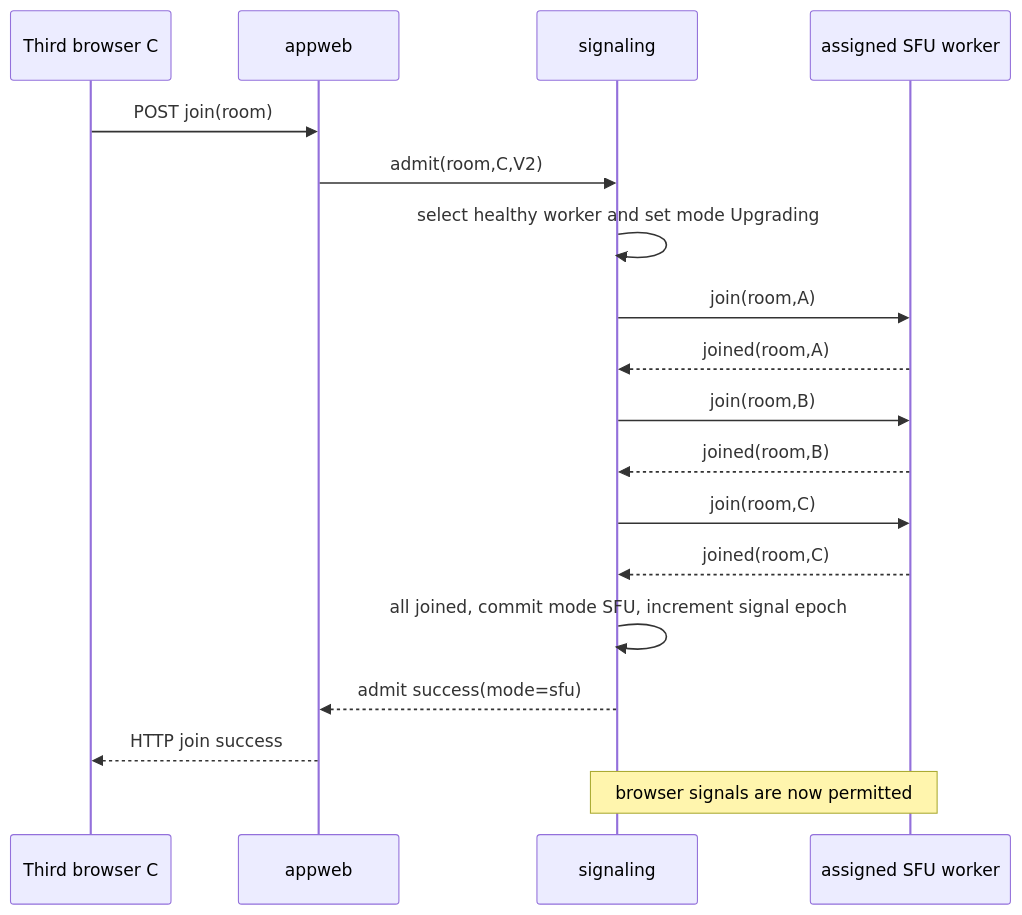
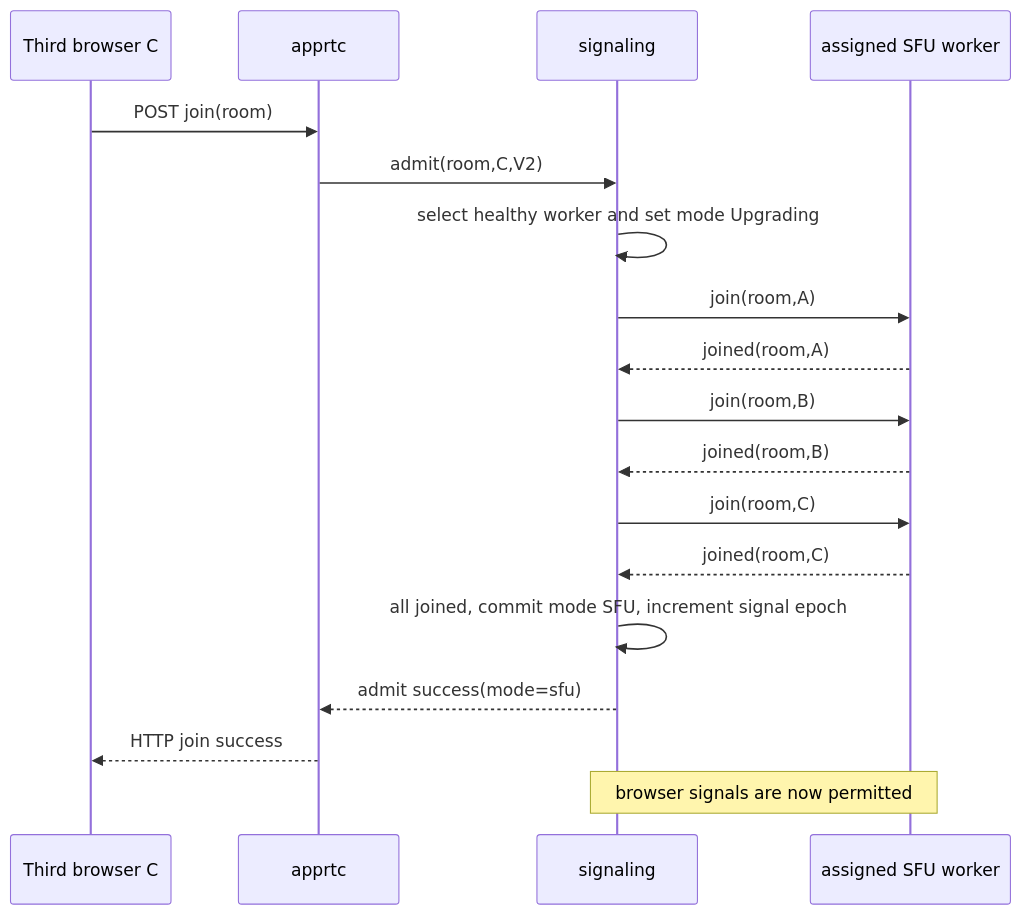
One commit to webrtc-rs/apprtc changed the second of 3 diagrams in docs/design/apprtc-signaling-architecture-design.md. Above: the diagram before and after it, drawn with Mermaid. The commit also changed other lines of this file and 10 other files, not shown here.

````diff
--- a/docs/design/apprtc-signaling-architecture-design.md
+++ b/docs/design/apprtc-signaling-architecture-design.md
@@ -263,20 +263,20 @@
 ```mermaid
 sequenceDiagram
     participant C as Third browser C
-    participant AR as appweb
+    participant AR as apprtc
     participant S as signaling
     participant F as assigned SFU worker
     C->>AR: POST join(room)
     AR->>S: admit(room,C,V2)
     S->>S: select healthy worker and set mode Upgrading
     S->>F: join(room,A)
     F-->>S: joined(room,A)
     S->>F: join(room,B)
     F-->>S: joined(room,B)
     S->>F: join(room,C)
     F-->>S: joined(room,C)
     S->>S: all joined, commit mode SFU, increment signal epoch
     S-->>AR: admit success(mode=sfu)
     AR-->>C: HTTP join success
     Note over S,F: browser signals are now permitted
 ```
````
